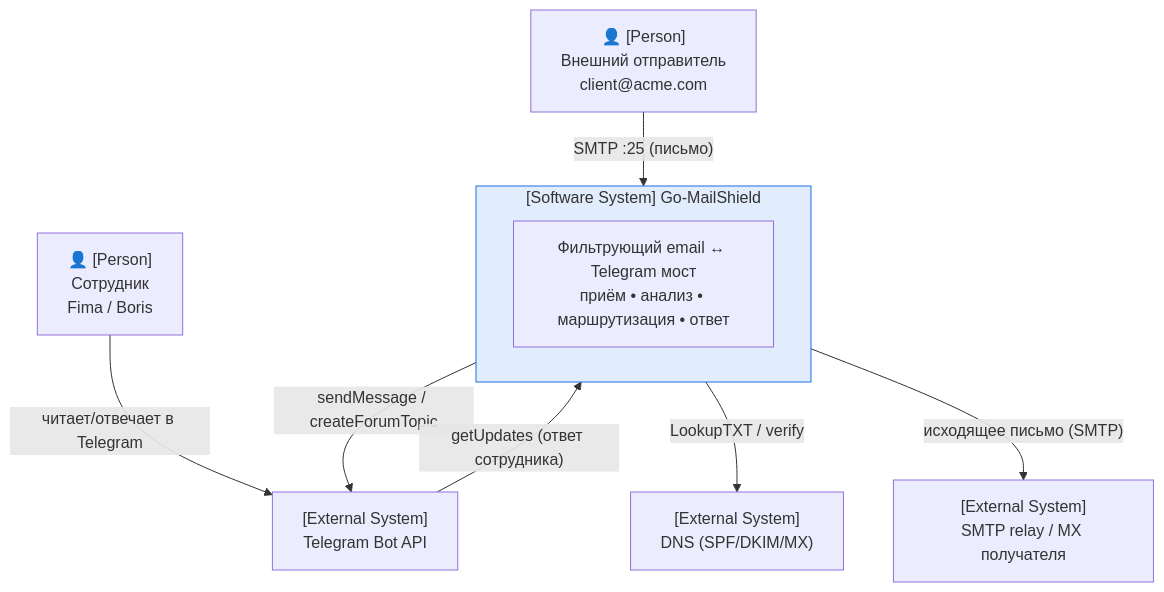
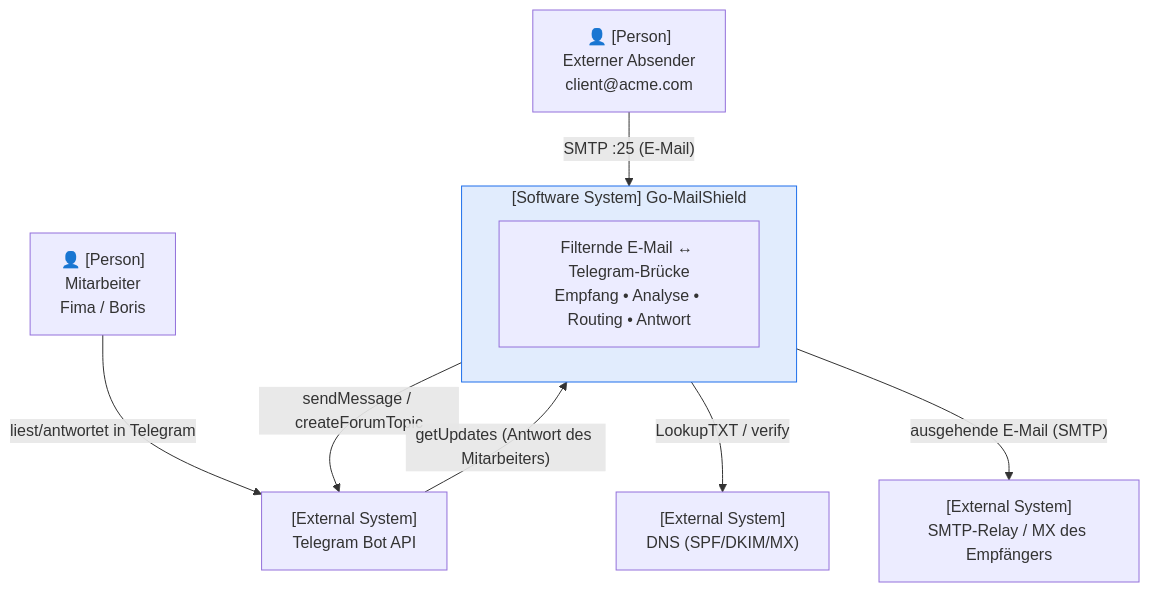
One commit to Alex84K/smpt_pet_proj changed the first of 8 diagrams in docs/DESIGN_MVP.md. Above: the diagram before and after it, drawn with Mermaid. The commit also changed other lines of this file and 4 other files, not shown here.

````diff
--- a/docs/DESIGN_MVP.md
+++ b/docs/DESIGN_MVP.md
@@ -72,22 +74,22 @@
 ```mermaid
 flowchart TB
-    sender["👤 [Person]<br/>Внешний отправитель<br/>client@acme.com"]
-    emp["👤 [Person]<br/>Сотрудник<br/>Fima / Boris"]
+    sender["👤 [Person]<br/>Externer Absender<br/>client@acme.com"]
+    emp["👤 [Person]<br/>Mitarbeiter<br/>Fima / Boris"]
 
     subgraph sys["[Software System] Go-MailShield"]
-        core["Фильтрующий email ↔ Telegram мост<br/>приём • анализ • маршрутизация • ответ"]
+        core["Filternde E-Mail ↔ Telegram-Brücke<br/>Empfang • Analyse • Routing • Antwort"]
     end
 
     tg["[External System]<br/>Telegram Bot API"]
     dns["[External System]<br/>DNS (SPF/DKIM/MX)"]
-    relay["[External System]<br/>SMTP relay / MX получателя"]
+    relay["[External System]<br/>SMTP-Relay / MX des Empfängers"]
 
-    sender -- "SMTP :25 (письмо)" --> sys
+    sender -- "SMTP :25 (E-Mail)" --> sys
     sys -- "sendMessage / createForumTopic" --> tg
-    tg -- "getUpdates (ответ сотрудника)" --> sys
-    emp -- "читает/отвечает в Telegram" --> tg
+    tg -- "getUpdates (Antwort des Mitarbeiters)" --> sys
+    emp -- "liest/antwortet in Telegram" --> tg
     sys -- "LookupTXT / verify" --> dns
-    sys -- "исходящее письмо (SMTP)" --> relay
+    sys -- "ausgehende E-Mail (SMTP)" --> relay
 
     style sys fill:#1f6feb22,stroke:#1f6feb
 ```
````
